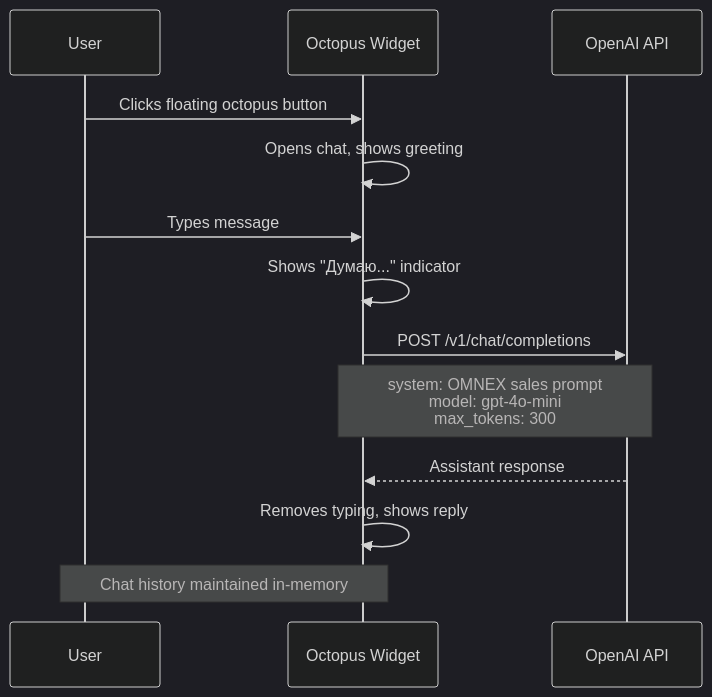
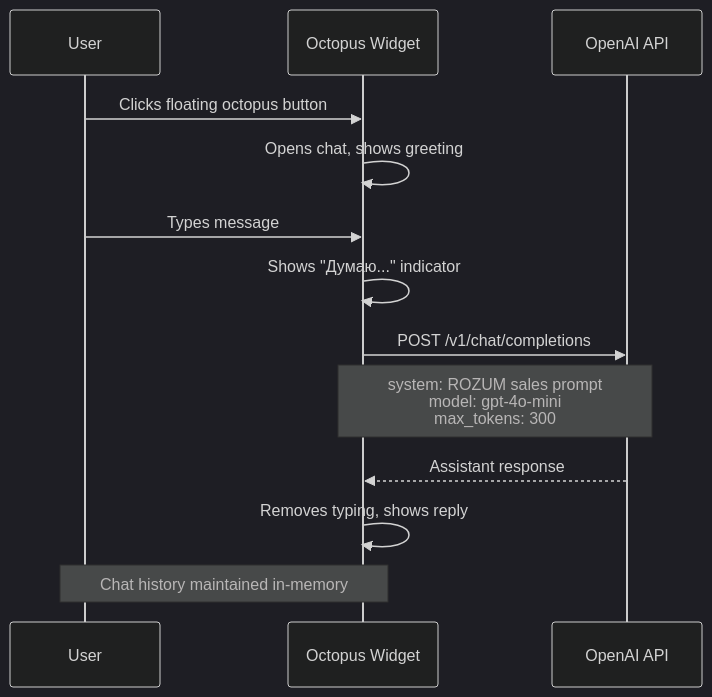
The third of 4 diagrams in ARCHITECTURE.md (ostepeniev/omnex), drawn with Mermaid (dark theme) before and after one commit. The commit also changed other lines of this file and 12 other files, not shown here.

Commit message:
rebrand: OMNEX -> ROZUM across entire codebase (128+ replacements, logo, i18n, FAQ, prompts, docs)

````diff
--- a/ARCHITECTURE.md
+++ b/ARCHITECTURE.md
@@ -416,16 +416,16 @@
 ```mermaid
 sequenceDiagram
     participant U as User
     participant O as Octopus Widget
     participant AI as OpenAI API
     
     U->>O: Clicks floating octopus button
     O->>O: Opens chat, shows greeting
     U->>O: Types message
     O->>O: Shows "Думаю..." indicator
     O->>AI: POST /v1/chat/completions
-    Note over O,AI: system: OMNEX sales prompt<br>model: gpt-4o-mini<br>max_tokens: 300
+    Note over O,AI: system: ROZUM sales prompt<br>model: gpt-4o-mini<br>max_tokens: 300
     AI-->>O: Assistant response
     O->>O: Removes typing, shows reply
     Note over U,O: Chat history maintained in-memory
 ```
````
